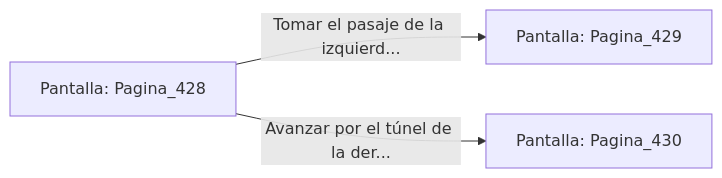
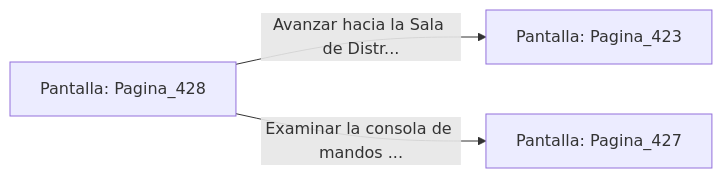
One commit to metsuke/mpl changed the diagram in sample/eligejuego-vault/Pantalla_Pagina_428.md. Above: the diagram before and after it, drawn with Mermaid. The commit also changed other lines of this file and 635 other files, not shown here.

First line of the commit message:
fix: añadir Pagina_1 como pantalla inicial en capitulo_01.mpl

````diff
--- a/sample/eligejuego-vault/Pantalla_Pagina_428.md
+++ b/sample/eligejuego-vault/Pantalla_Pagina_428.md
@@ -20,6 +22,6 @@
 ```mermaid
 graph LR
     P_Pagina_428["Pantalla: Pagina_428"]
-    P_Pagina_428 -->|"Tomar el pasaje de la izquierd..."| P_Pagina_429["Pantalla: Pagina_429"]
-    P_Pagina_428 -->|"Avanzar por el túnel de la der..."| P_Pagina_430["Pantalla: Pagina_430"]
+    P_Pagina_428 -->|"Avanzar hacia la Sala de Distr..."| P_Pagina_423["Pantalla: Pagina_423"]
+    P_Pagina_428 -->|"Examinar la consola de mandos ..."| P_Pagina_427["Pantalla: Pagina_427"]
 ```
````
